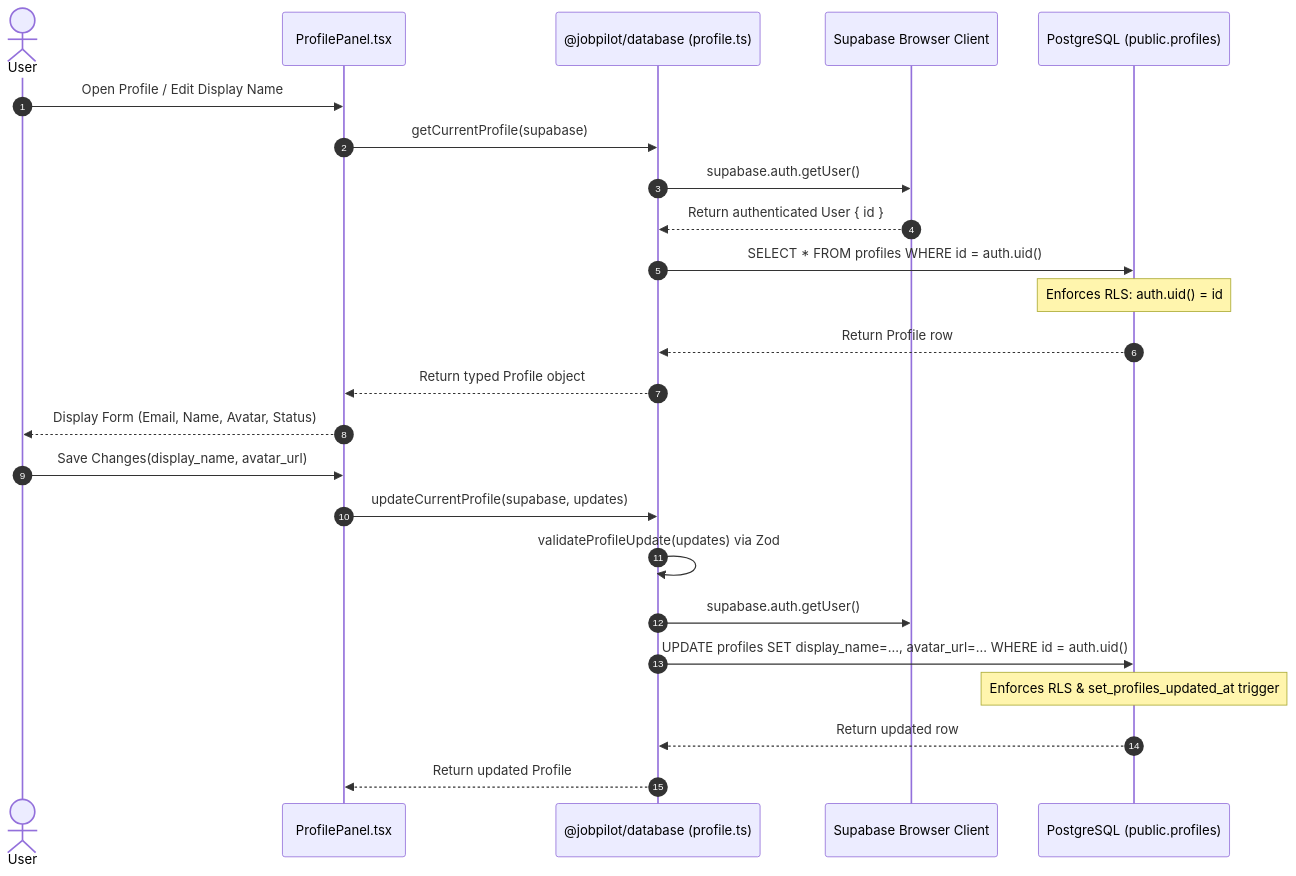
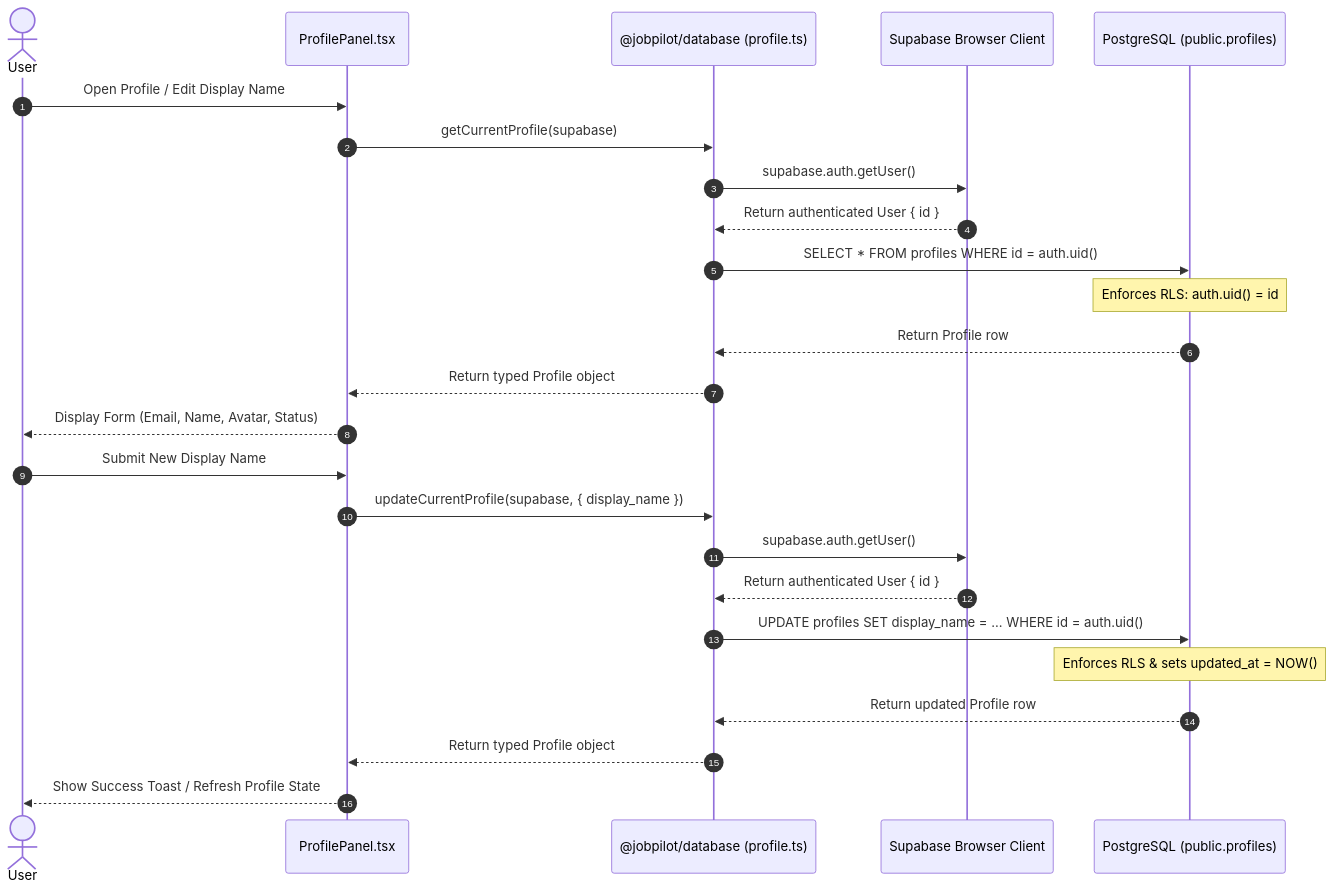
The third of 8 diagrams in docs/flow.md (1priteshdhumal2/Job-Application-Assistant), drawn with Mermaid before and after one commit. The commit also changed other lines of this file and 36 other files, not shown here.

````diff
--- a/docs/flow.md
+++ b/docs/flow.md
@@ -62,28 +62,29 @@
 ```mermaid
 sequenceDiagram
     autonumber
     actor User
     participant React as ProfilePanel.tsx
     participant Service as @jobpilot/database (profile.ts)
     participant Client as Supabase Browser Client
     participant DB as PostgreSQL (public.profiles)
 
     User->>React: Open Profile / Edit Display Name
     React->>Service: getCurrentProfile(supabase)
     Service->>Client: supabase.auth.getUser()
     Client-->>Service: Return authenticated User { id }
     Service->>DB: SELECT * FROM profiles WHERE id = auth.uid()
     Note over DB: Enforces RLS: auth.uid() = id
     DB-->>Service: Return Profile row
     Service-->>React: Return typed Profile object
     React-->>User: Display Form (Email, Name, Avatar, Status)
 
-    User->>React: Save Changes(display_name, avatar_url)
-    React->>Service: updateCurrentProfile(supabase, updates)
-    Service->>Service: validateProfileUpdate(updates) via Zod
+    User->>React: Submit New Display Name
+    React->>Service: updateCurrentProfile(supabase, { display_name })
     Service->>Client: supabase.auth.getUser()
-    Service->>DB: UPDATE profiles SET display_name=..., avatar_url=... WHERE id = auth.uid()
-    Note over DB: Enforces RLS & set_profiles_updated_at trigger
-    DB-->>Service: Return updated row
-    Service-->>React: Return updated Profile
+    Client-->>Service: Return authenticated User { id }
+    Service->>DB: UPDATE profiles SET display_name = ... WHERE id = auth.uid()
+    Note over DB: Enforces RLS & sets updated_at = NOW()
+    DB-->>Service: Return updated Profile row
+    Service-->>React: Return typed Profile object
+    React-->>User: Show Success Toast / Refresh Profile State
 ```
````
